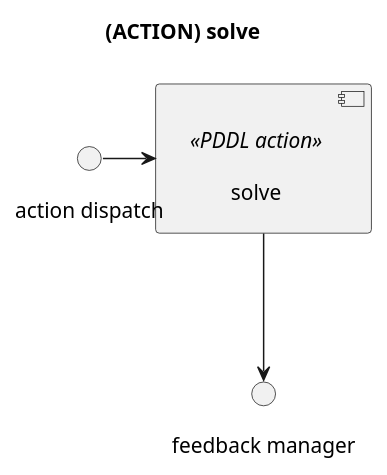
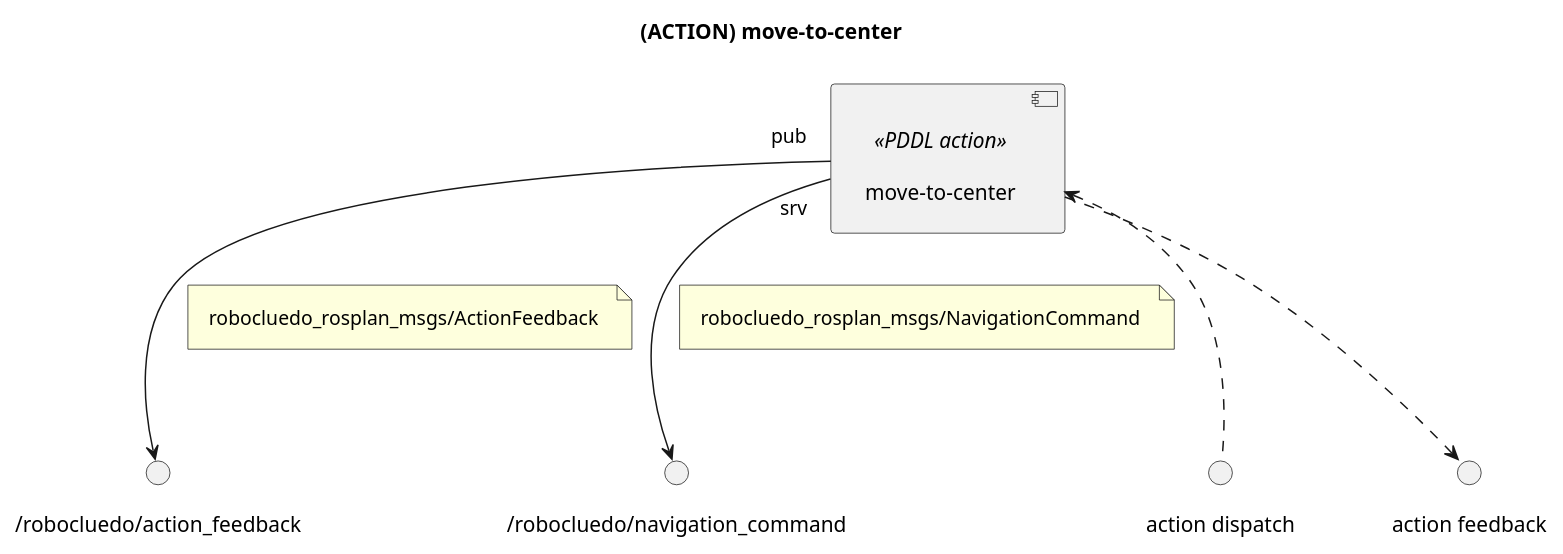
One commit to programmatoroSeduto/ExperimentalRoboticsLab-Assignment-2 changed the fourth of 4 diagrams in robocluedo_rosplan/_docs/new-robocluedo.md. Above: the diagram before and after it, drawn with PlantUML. The commit also changed other lines of this file and 102 other files, not shown here.

Commit message:
working on robocluedo_rosplan_actions (feedbacks from the actions)

````diff
--- a/robocluedo_rosplan/_docs/new-robocluedo.md
+++ b/robocluedo_rosplan/_docs/new-robocluedo.md
@@ -393,23 +334,29 @@
 ```{uml} 
 @startuml
 
 ''' DIAGRAM INFOS
-title "(ACTION) solve"
+title "(ACTION) move-to-center"
 skinparam Padding 8
 allow_mixing
 
 
-''' FROM OTHER DIAGRAMS
-' ...
-
-
 ''' COMPONENTS
-component "solve" <<PDDL action>> as ACT_SOLVE
+component "move-to-center" <<PDDL action>> as ACT_MOVE_TO_CENTER
 
 
 ''' LINKS
-() "feedback manager" as TOPIC_FEEDBACK_MANAGER
-ACT_SOLVE -down-> TOPIC_FEEDBACK_MANAGER
+() "/robocluedo/action_feedback" as TOPIC_FEEDBACK_MANAGER
+ACT_MOVE_TO_CENTER "pub" --> TOPIC_FEEDBACK_MANAGER
+note on link: robocluedo_rosplan_msgs/ActionFeedback
+
+() "/robocluedo/navigation_command" as SRV_NAV
+ACT_MOVE_TO_CENTER "srv" --> SRV_NAV
+note on link: robocluedo_rosplan_msgs/NavigationCommand
+
 () "action dispatch" as DISPATCH
-ACT_SOLVE <-left- DISPATCH
+ACT_MOVE_TO_CENTER <.. DISPATCH
+() "action feedback" as DISP_FEEDBACK 
+ACT_MOVE_TO_CENTER ..> DISP_FEEDBACK
+
+@enduml
 ```
````
